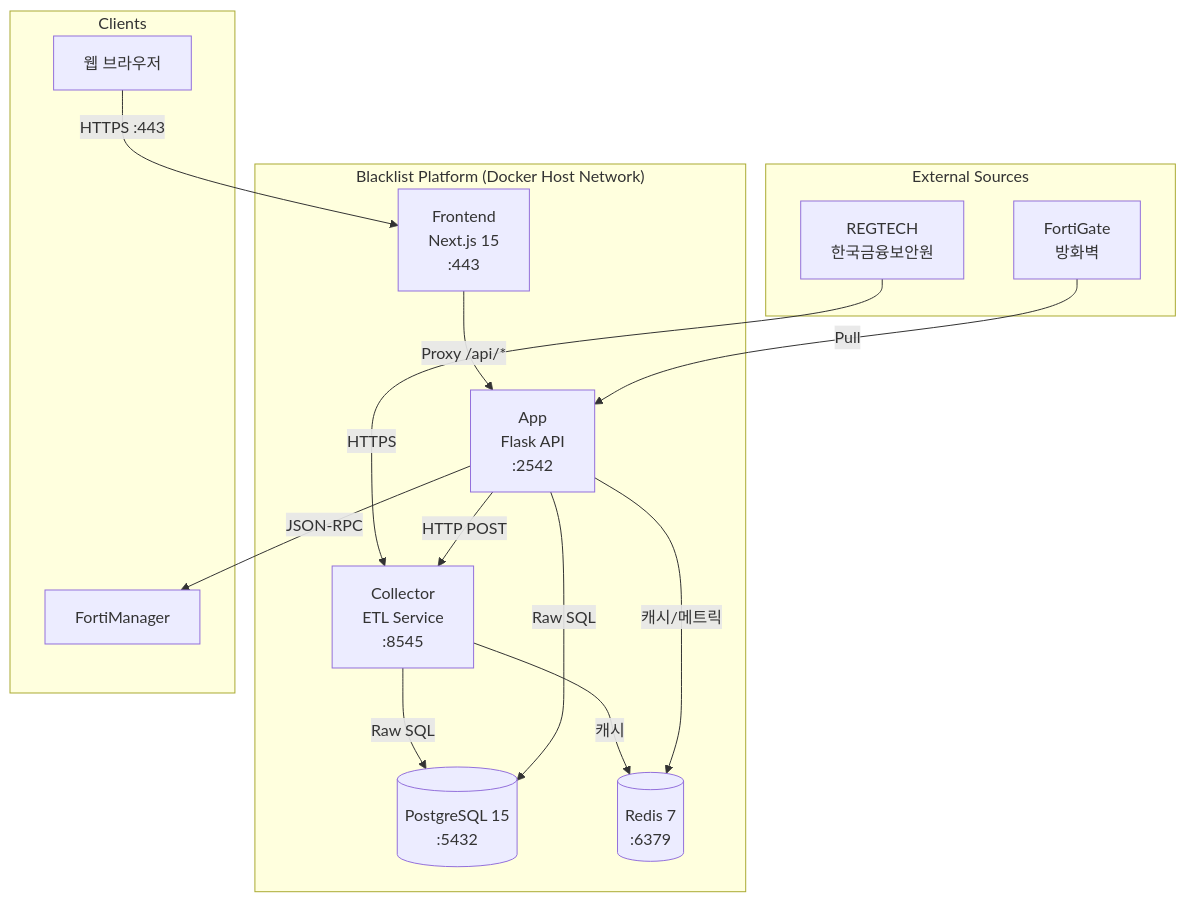
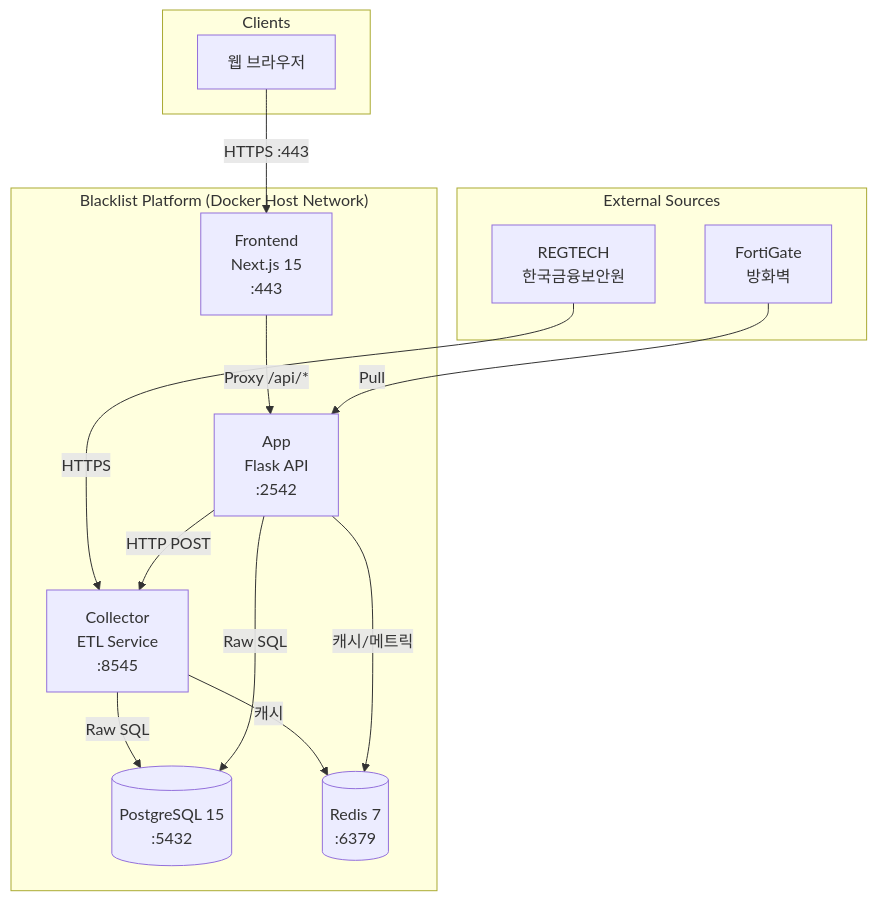
One commit to jclee941/blacklist changed the first of 5 diagrams in docs/deliverables/02-SYSTEM-DESIGN.md. Above: the diagram before and after it, drawn with Mermaid. The commit also changed other lines of this file and 38 other files, not shown here.

First line of the commit message:
refactor: remove FortiManager legacy, dead packages, and duplicate routes

````diff
--- a/docs/deliverables/02-SYSTEM-DESIGN.md
+++ b/docs/deliverables/02-SYSTEM-DESIGN.md
@@ -14,31 +14,29 @@
 ```mermaid
 graph TD
     subgraph "External Sources"
         REGTECH["REGTECH<br/>한국금융보안원"]
         FORTIGATE["FortiGate<br/>방화벽"]
     end
 
     subgraph "Blacklist Platform (Docker Host Network)"
         PG[("PostgreSQL 15<br/>:5432")]
         REDIS[("Redis 7<br/>:6379")]
         COLLECTOR["Collector<br/>ETL Service<br/>:8545"]
         APP["App<br/>Flask API<br/>:2542"]
         FRONTEND["Frontend<br/>Next.js 15<br/>:443"]
     end
 
     subgraph "Clients"
         BROWSER["웹 브라우저"]
-        FORTIMGR["FortiManager"]
     end
 
     REGTECH -->|HTTPS| COLLECTOR
     COLLECTOR -->|Raw SQL| PG
     COLLECTOR -->|캐시| REDIS
     APP -->|Raw SQL| PG
     APP -->|캐시/메트릭| REDIS
     APP -->|HTTP POST| COLLECTOR
     FRONTEND -->|Proxy /api/*| APP
     BROWSER -->|HTTPS :443| FRONTEND
-    APP -->|JSON-RPC| FORTIMGR
     FORTIGATE -->|Pull| APP
 ```
````
